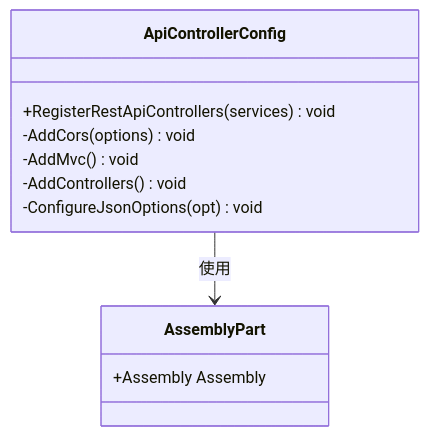
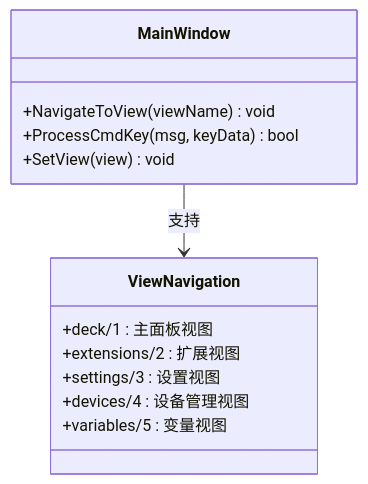
The seventh of 10 diagrams in .qoder/repowiki/zh/content/配置管理系统/启动配置管理.md (tea4go/Macro-Deck), drawn with Mermaid before and after one commit. The commit also changed other lines of this file and 63 other files, not shown here.

````diff
--- a/.qoder/repowiki/zh/content/配置管理系统/启动配置管理.md
+++ b/.qoder/repowiki/zh/content/配置管理系统/启动配置管理.md
@@ -327,14 +339,16 @@
 ```mermaid
 classDiagram
-class ApiControllerConfig {
-+RegisterRestApiControllers(services) void
--AddCors(options) void
--AddMvc() void
--AddControllers() void
--ConfigureJsonOptions(opt) void
+class MainWindow {
++NavigateToView(viewName) void
++ProcessCmdKey(msg, keyData) bool
++SetView(view) void
 }
-class AssemblyPart {
-+Assembly Assembly
+class ViewNavigation {
++deck/1 : 主面板视图
++extensions/2 : 扩展视图
++settings/3 : 设置视图
++devices/4 : 设备管理视图
++variables/5 : 变量视图
 }
-ApiControllerConfig --> AssemblyPart : 使用
+MainWindow --> ViewNavigation : 支持
 ```
````
